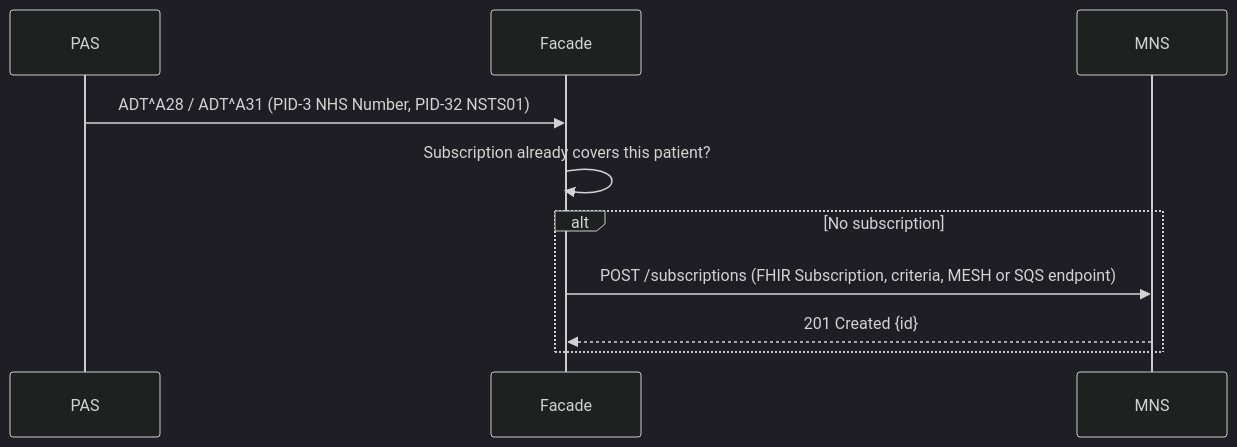
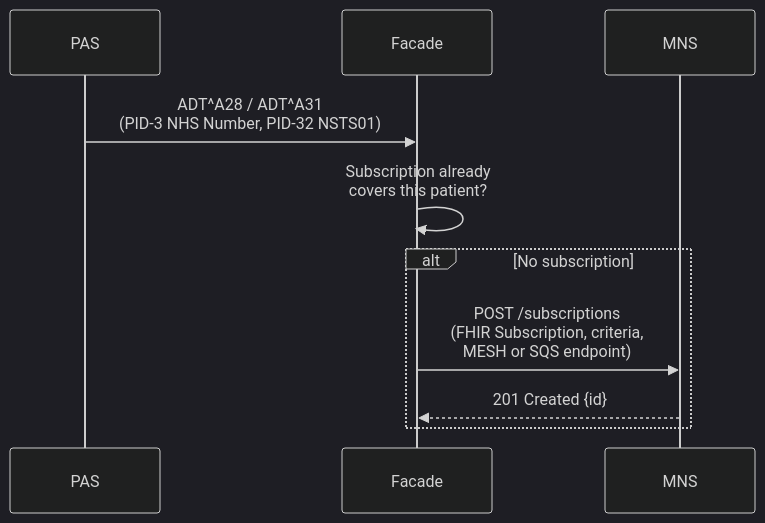
One commit to nw-gmsa/IHEUK-PAM-Unofficial changed the fourth of 5 diagrams in input/pagecontent/nhs-england-apis.md. Above: the diagram before and after it, drawn with Mermaid (dark theme). The commit also changed other lines of this file and 3 other files, not shown here.

Commit message:
Narrow wide Mermaid diagrams so they stay readable in the 1100px content column

````diff
--- a/input/pagecontent/nhs-england-apis.md
+++ b/input/pagecontent/nhs-england-apis.md
@@ -125,12 +125,12 @@
 ```mermaid
 sequenceDiagram
     participant PAS
     participant F as Facade
     participant MNS
-    PAS->>F: ADT^A28 / ADT^A31 (PID-3 NHS Number, PID-32 NSTS01)
-    F->>F: Subscription already covers this patient?
+    PAS->>F: ADT^A28 / ADT^A31<br/>(PID-3 NHS Number, PID-32 NSTS01)
+    F->>F: Subscription already<br/>covers this patient?
     alt No subscription
-        F->>MNS: POST /subscriptions (FHIR Subscription, criteria, MESH or SQS endpoint)
+        F->>MNS: POST /subscriptions<br/>(FHIR Subscription, criteria,<br/>MESH or SQS endpoint)
         MNS-->>F: 201 Created {id}
     end
 ```
````
